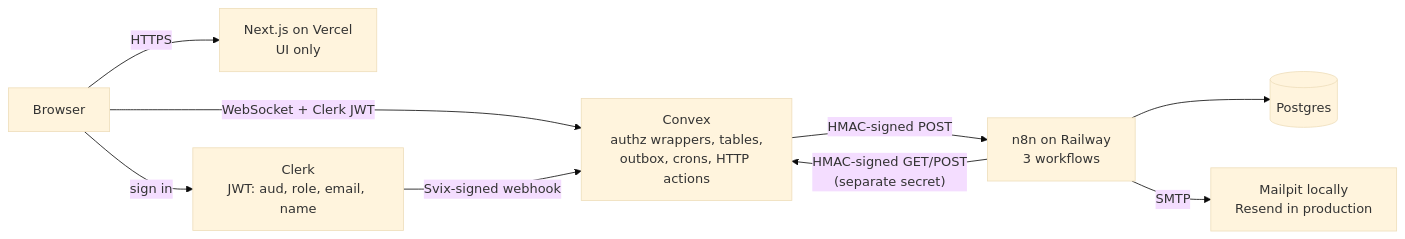
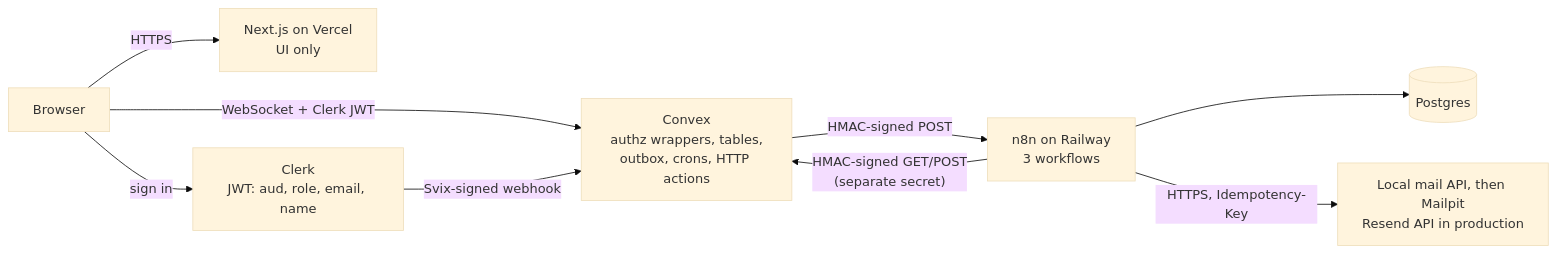
The first of 3 diagrams in README.md (S-kkipie/lendloop), drawn with Mermaid (base theme) before and after one commit. The commit also changed other lines of this file and 9 other files, not shown here.

Commit message:
docs: describe email through Resend's HTTPS API (ADR 0011)

````diff
--- a/README.md
+++ b/README.md
@@ -46,11 +46,11 @@
 ```mermaid
 flowchart LR
     B["Browser"] -- HTTPS --> NX["Next.js on Vercel<br/>UI only"]
     B -- "sign in" --> CK["Clerk<br/>JWT: aud, role, email, name"]
     B -- "WebSocket + Clerk JWT" --> CX["Convex<br/>authz wrappers, tables,<br/>outbox, crons, HTTP actions"]
     CK -- "Svix-signed webhook" --> CX
     CX -- "HMAC-signed POST" --> N8N["n8n on Railway<br/>3 workflows"]
     N8N -- "HMAC-signed GET/POST<br/>(separate secret)" --> CX
     N8N --> PG[("Postgres")]
-    N8N -- SMTP --> MAIL["Mailpit locally<br/>Resend in production"]
+    N8N -- "HTTPS, Idempotency-Key" --> MAIL["Local mail API, then Mailpit<br/>Resend API in production"]
 ```
````
